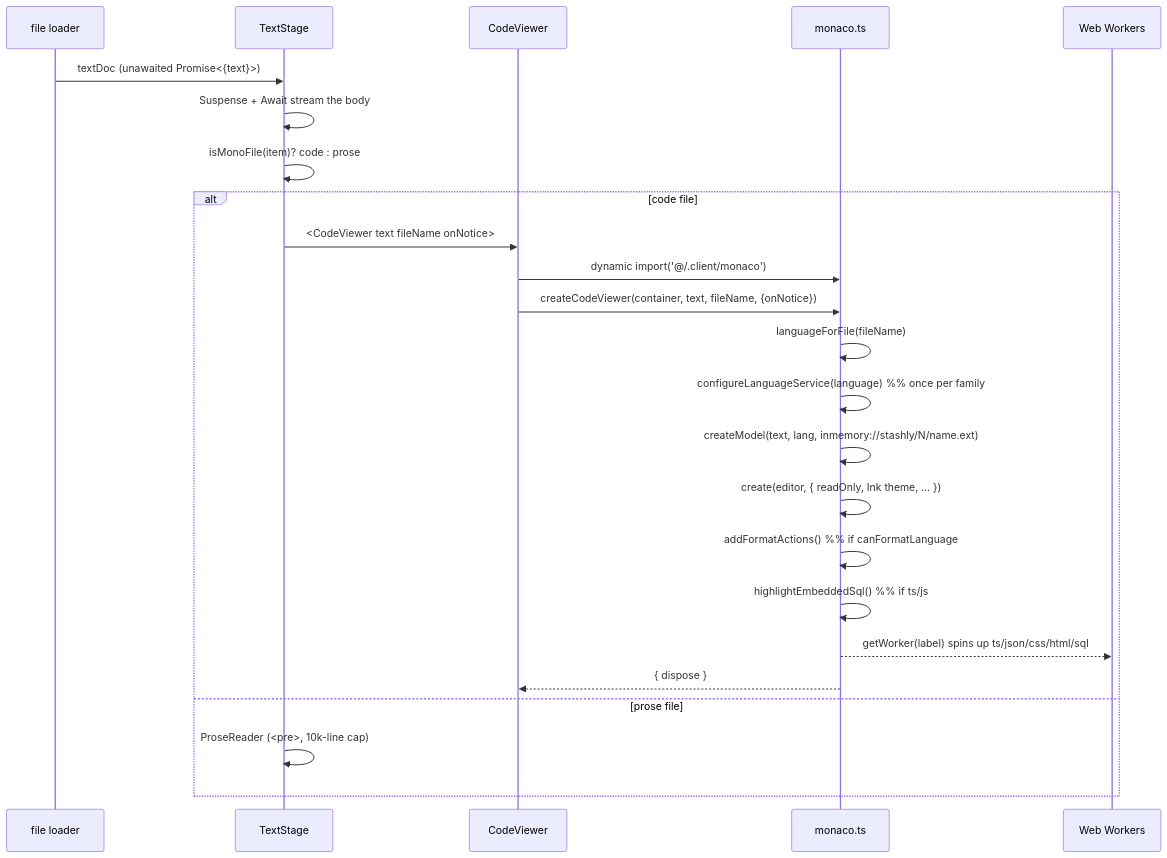
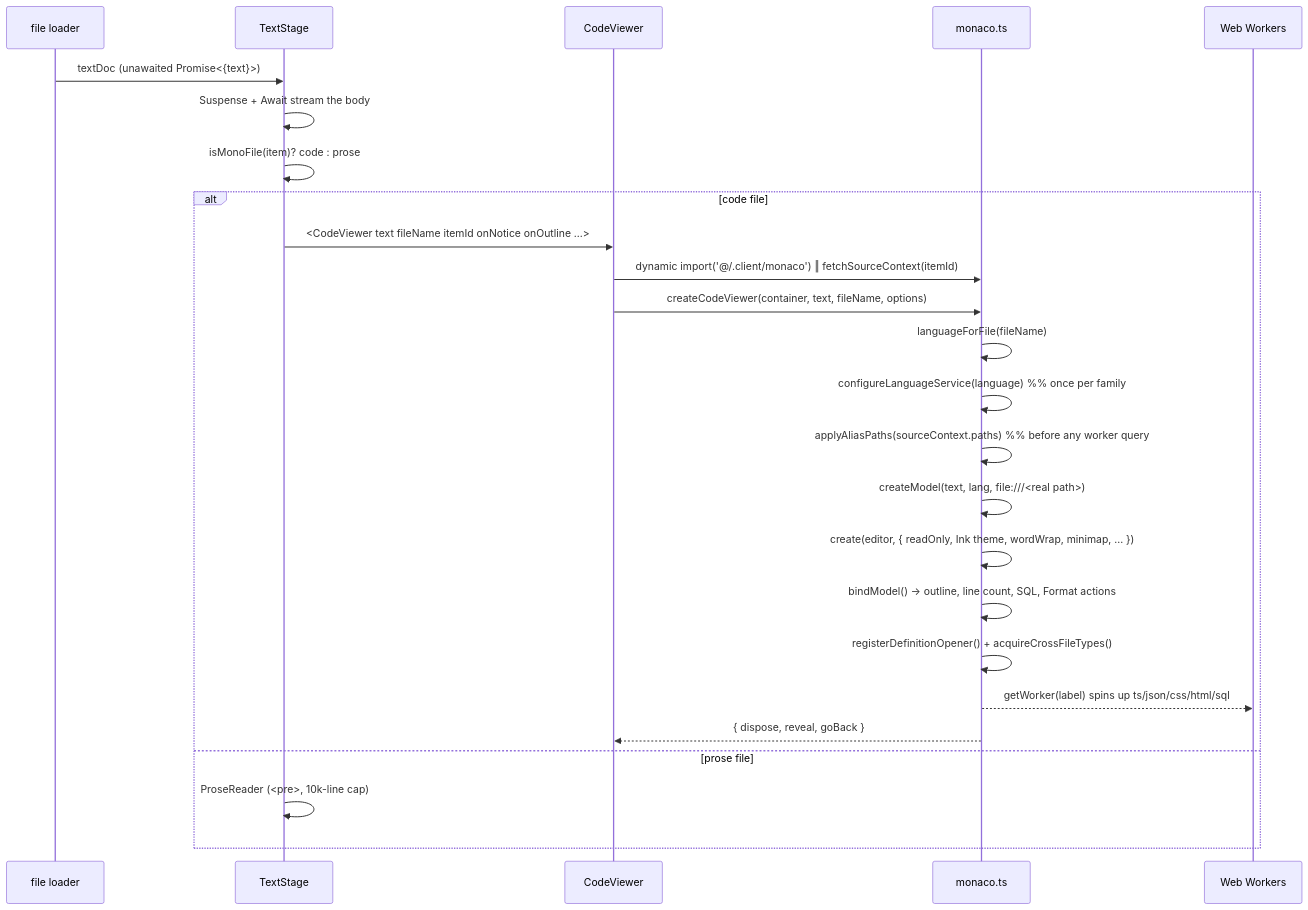
Before and after one commit to dev-gvili/stashly: the first of 8 diagrams in docs/code-viewer.md, drawn with Mermaid. The commit also changed other lines of this file and 27 other files, not shown here.

````diff
--- a/docs/code-viewer.md
+++ b/docs/code-viewer.md
@@ -38,27 +43,28 @@
 ```mermaid
 sequenceDiagram
     participant Route as file loader
     participant TS as TextStage
     participant CV as CodeViewer
     participant M as monaco.ts
     participant W as Web Workers
 
     Route->>TS: textDoc (unawaited Promise<{text}>)
     TS->>TS: Suspense + Await stream the body
     TS->>TS: isMonoFile(item)?  code : prose
     alt code file
-        TS->>CV: <CodeViewer text fileName onNotice>
-        CV->>M: dynamic import('@/.client/monaco')
-        CV->>M: createCodeViewer(container, text, fileName, {onNotice})
+        TS->>CV: <CodeViewer text fileName itemId onNotice onOutline …>
+        CV->>M: dynamic import('@/.client/monaco') ‖ fetchSourceContext(itemId)
+        CV->>M: createCodeViewer(container, text, fileName, options)
         M->>M: languageForFile(fileName)
         M->>M: configureLanguageService(language)   %% once per family
-        M->>M: createModel(text, lang, inmemory://stashly/N/name.ext)
-        M->>M: create(editor, { readOnly, Ink theme, … })
-        M->>M: addFormatActions()          %% if canFormatLanguage
-        M->>M: highlightEmbeddedSql()       %% if ts/js
+        M->>M: applyAliasPaths(sourceContext.paths) %% before any worker query
+        M->>M: createModel(text, lang, file:///<real path>)
+        M->>M: create(editor, { readOnly, Ink theme, wordWrap, minimap, … })
+        M->>M: bindModel() → outline, line count, SQL, Format actions
+        M->>M: registerDefinitionOpener() + acquireCrossFileTypes()
         M-->>W: getWorker(label) spins up ts/json/css/html/sql
-        M-->>CV: { dispose }
+        M-->>CV: { dispose, reveal, goBack }
     else prose file
         TS->>TS: ProseReader (<pre>, 10k-line cap)
     end
 ```
````
